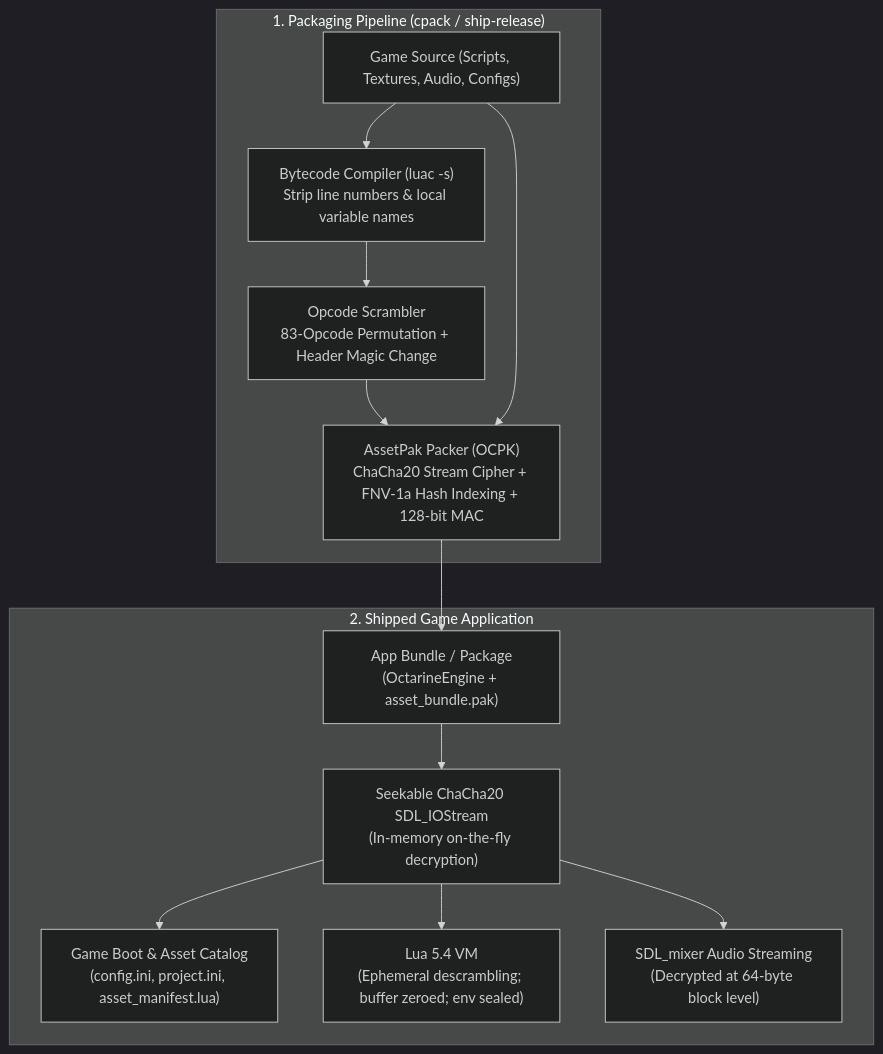
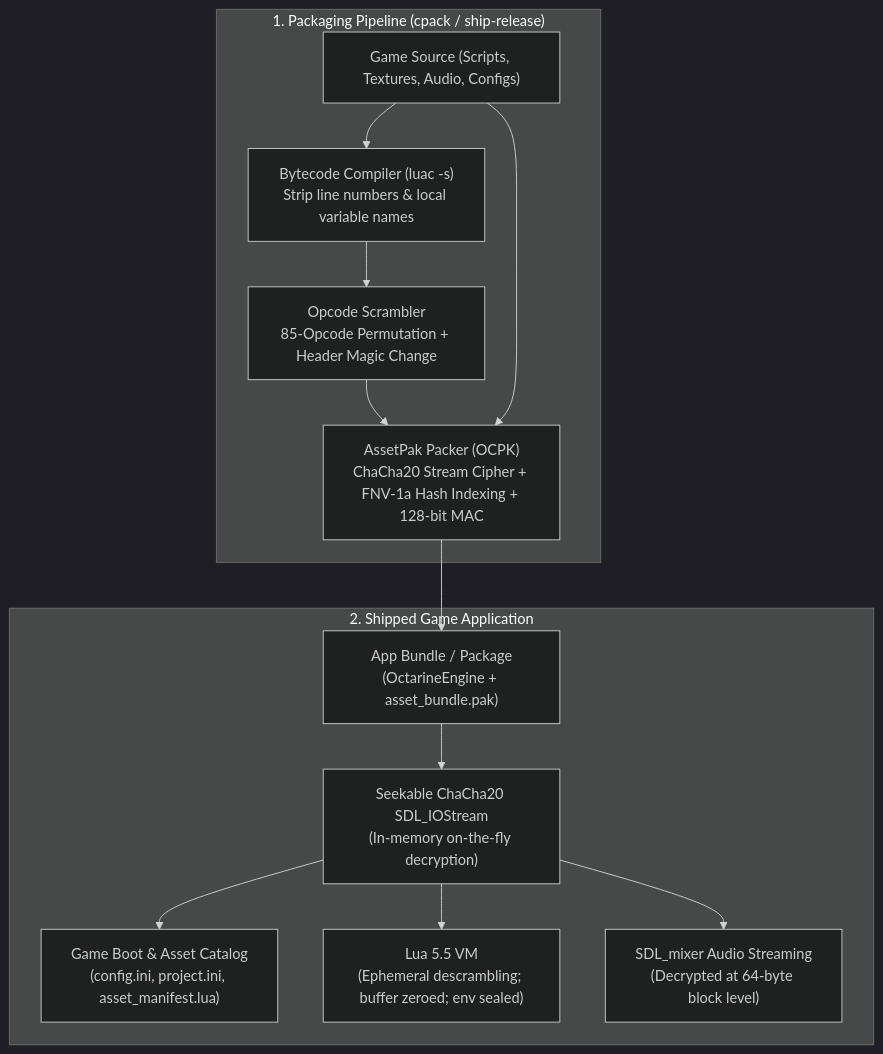
Before and after one commit to Octarine-Club/octarine-engine: the diagram in docs/security.md, drawn with Mermaid (dark theme). The commit also changed other lines of this file and 23 other files, not shown here.

````diff
--- a/docs/security.md
+++ b/docs/security.md
@@ -26,20 +26,20 @@
 ```mermaid
 flowchart TD
     subgraph Packaging["1. Packaging Pipeline (cpack / ship-release)"]
         Src["Game Source (Scripts, Textures, Audio, Configs)"]
         Luac["Bytecode Compiler (luac -s)\nStrip line numbers & local variable names"]
-        Scramble["Opcode Scrambler\n83-Opcode Permutation + Header Magic Change"]
+        Scramble["Opcode Scrambler\n85-Opcode Permutation + Header Magic Change"]
         Pak["AssetPak Packer (OCPK)\nChaCha20 Stream Cipher + FNV-1a Hash Indexing + 128-bit MAC"]
         Src --> Luac --> Scramble --> Pak
         Src --> Pak
     end
 
     subgraph ShippedApp["2. Shipped Game Application"]
         Bundle["App Bundle / Package\n(OctarineEngine + asset_bundle.pak)"]
         Pak --> Bundle
         Bundle --> Stream["Seekable ChaCha20 SDL_IOStream\n(In-memory on-the-fly decryption)"]
         Stream --> Engine["Game Boot & Asset Catalog\n(config.ini, project.ini, asset_manifest.lua)"]
-        Stream --> LuaVM["Lua 5.4 VM\n(Ephemeral descrambling; buffer zeroed; env sealed)"]
+        Stream --> LuaVM["Lua 5.5 VM\n(Ephemeral descrambling; buffer zeroed; env sealed)"]
         Stream --> Audio["SDL_mixer Audio Streaming\n(Decrypted at 64-byte block level)"]
     end
 ```
````
